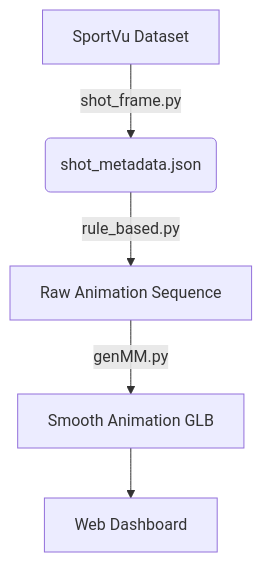
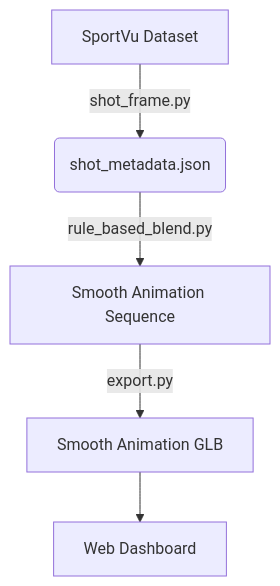
One commit to MicheleLovatoMenin/Sport-Tech-Project changed the diagram in README.md. Above: the diagram before and after it, drawn with Mermaid. The commit also changed other lines of this file, not shown here.

````diff
--- a/README.md
+++ b/README.md
@@ -32,7 +32,7 @@
 ```mermaid
 graph TD
     A[SportVu Dataset] -->|shot_frame.py| B(shot_metadata.json)
-    B -->|rule_based.py| C[Raw Animation Sequence]
-    C -->|genMM.py| D[Smooth Animation GLB]
+    B -->|rule_based_blend.py| C[Smooth Animation Sequence]
+    C -->|export.py| D[Smooth Animation GLB]
     D --> E[Web Dashboard]
 ```
````
